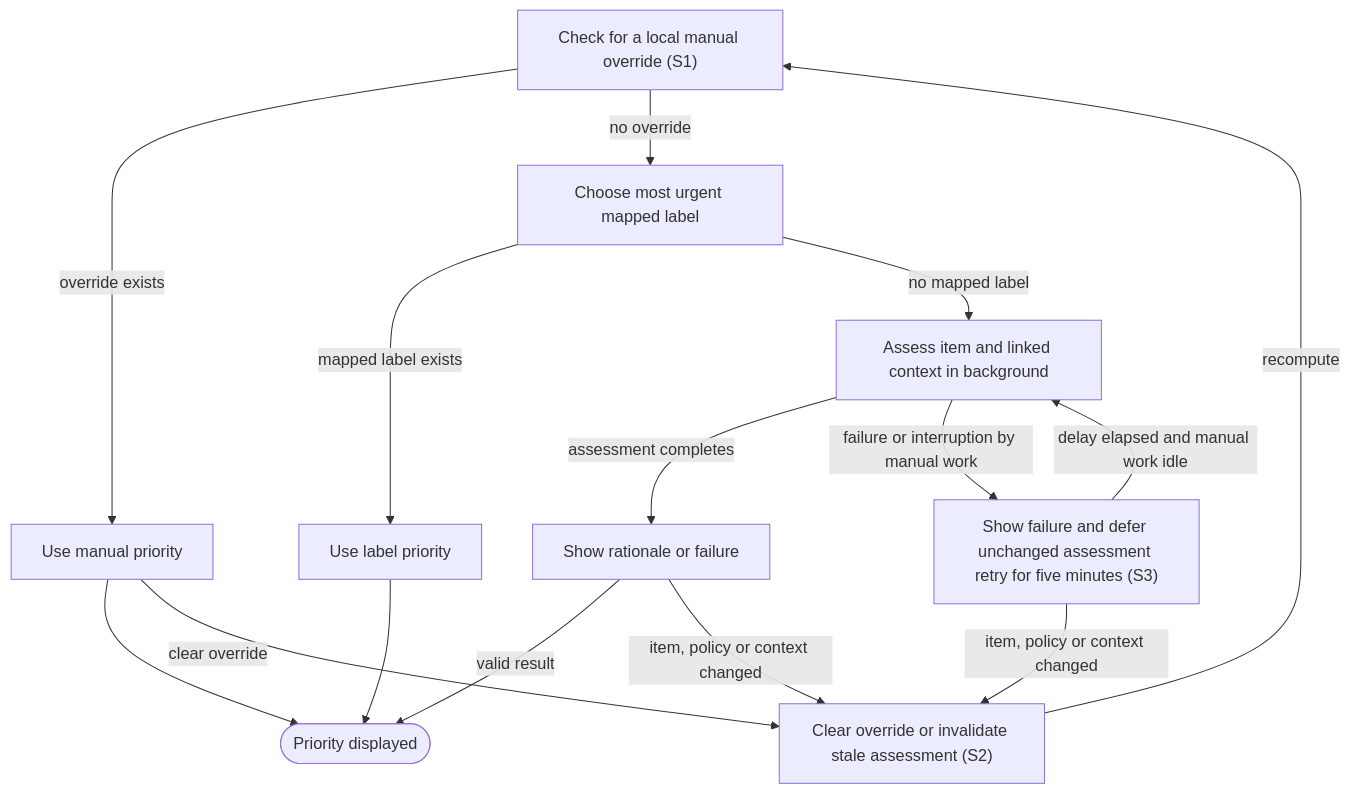
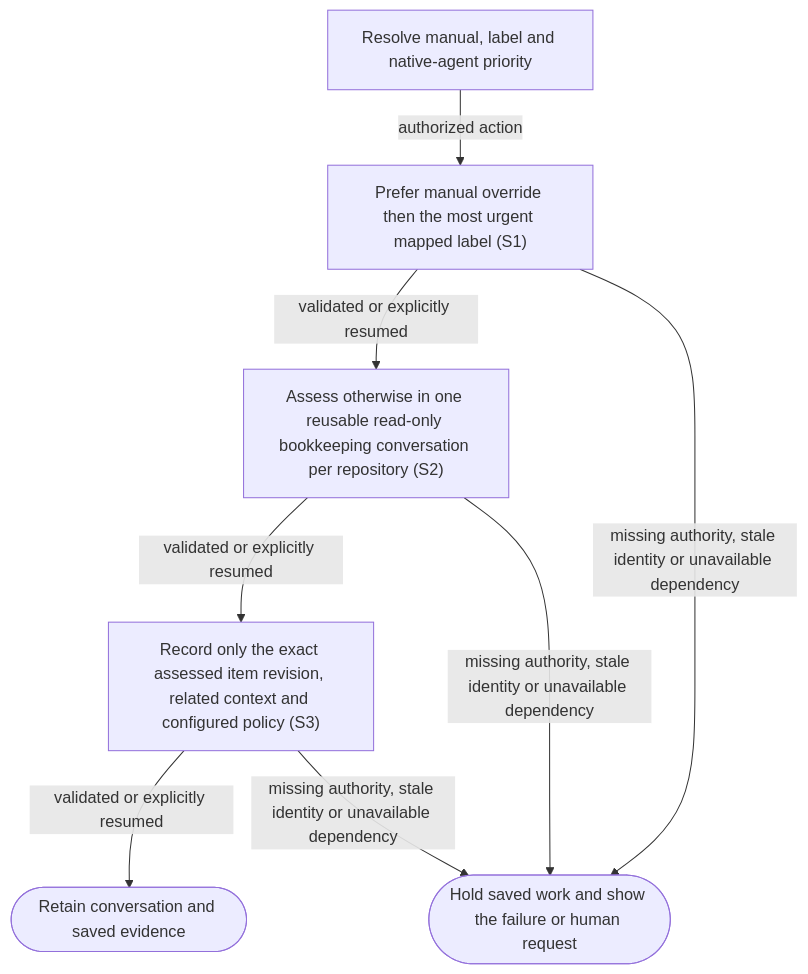
One commit to dk-code-factory/code-factory-plugin changed the diagram in docs/user-flows/resolve-priority.md. Above: the diagram before and after it, drawn with Mermaid. The commit also changed other lines of this file and 283 other files, not shown here.

````diff
--- a/docs/user-flows/resolve-priority.md
+++ b/docs/user-flows/resolve-priority.md
@@ -38,26 +46,16 @@
 ```mermaid
 flowchart TD
-    N0["Check for a local manual override #40;S1#41;"]
-    N1["Use manual priority"]
-    N2["Choose most urgent mapped label"]
-    N3["Use label priority"]
-    N4["Assess item and linked context in background"]
-    N5["Show rationale or failure"]
-    N6["Show failure and defer unchanged assessment retry for five minutes #40;S3#41;"]
-    N7(["Priority displayed"])
-    N8["Clear override or invalidate stale assessment #40;S2#41;"]
-    N0 -->|"override exists"| N1
-    N0 -->|"no override"| N2
-    N1 --> N7
-    N2 -->|"mapped label exists"| N3
-    N2 -->|"no mapped label"| N4
-    N3 --> N7
-    N4 -->|"assessment completes"| N5
-    N4 -->|"failure or interruption by manual work"| N6
-    N6 -->|"delay elapsed and manual work idle"| N4
-    N5 -->|"valid result"| N7
-    N1 -->|"clear override"| N8
-    N5 -->|"item, policy or context changed"| N8
-    N8 -->|"recompute"| N0
-    N6 -->|"item, policy or context changed"| N8
+    N0["Resolve manual, label and native-agent priority"]
+    N1["Prefer manual override then the most urgent mapped label #40;S1#41;"]
+    N2["Assess otherwise in one reusable read-only bookkeeping conversation per repository #40;S2#41;"]
+    N3["Record only the exact assessed item revision, related context and configured policy #40;S3#41;"]
+    N4(["Hold saved work and show the failure or human request"])
+    N5(["Retain conversation and saved evidence"])
+    N0 -->|"authorized action"| N1
+    N1 -->|"validated or explicitly resumed"| N2
+    N1 -->|"missing authority, stale identity or unavailable dependency"| N4
+    N2 -->|"validated or explicitly resumed"| N3
+    N2 -->|"missing authority, stale identity or unavailable dependency"| N4
+    N3 -->|"validated or explicitly resumed"| N5
+    N3 -->|"missing authority, stale identity or unavailable dependency"| N4
 ```
````
